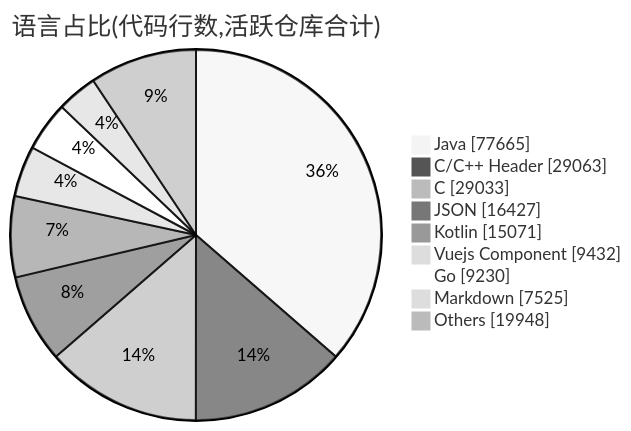
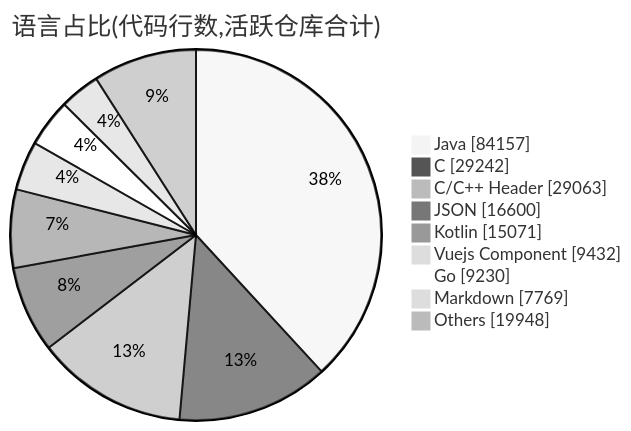
One commit to Conflux-Union/.github changed the second of 2 diagrams in profile/README.md. Above: the diagram before and after it, drawn with Mermaid (neutral theme). The commit also changed other lines of this file and 1 other file, not shown here.

````diff
--- a/profile/README.md
+++ b/profile/README.md
@@ -77,13 +77,13 @@
 ```mermaid
 pie showData
     title 语言占比(代码行数,活跃仓库合计)
-    "Java" : 77665
+    "Java" : 84157
+    "C" : 29242
     "C/C++ Header" : 29063
-    "C" : 29033
-    "JSON" : 16427
+    "JSON" : 16600
     "Kotlin" : 15071
     "Vuejs Component" : 9432
     "Go" : 9230
-    "Markdown" : 7525
+    "Markdown" : 7769
     "Others" : 19948
 ```
````
